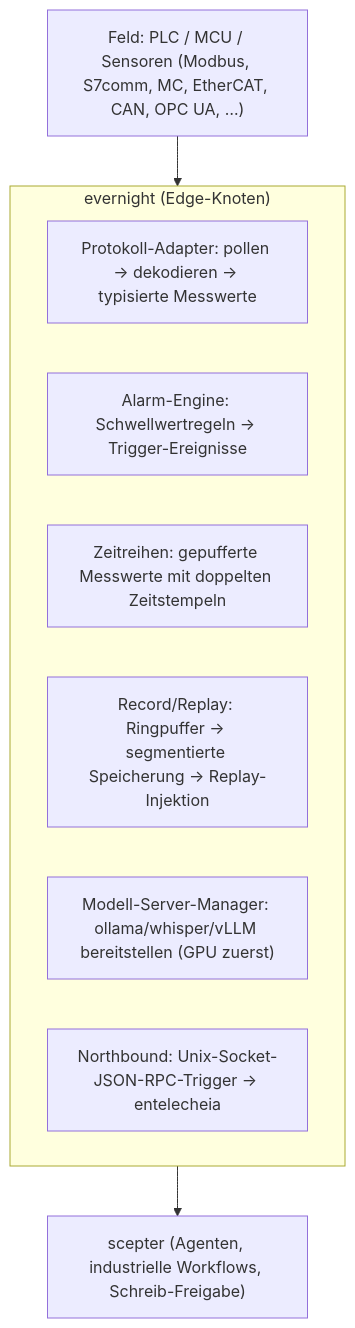
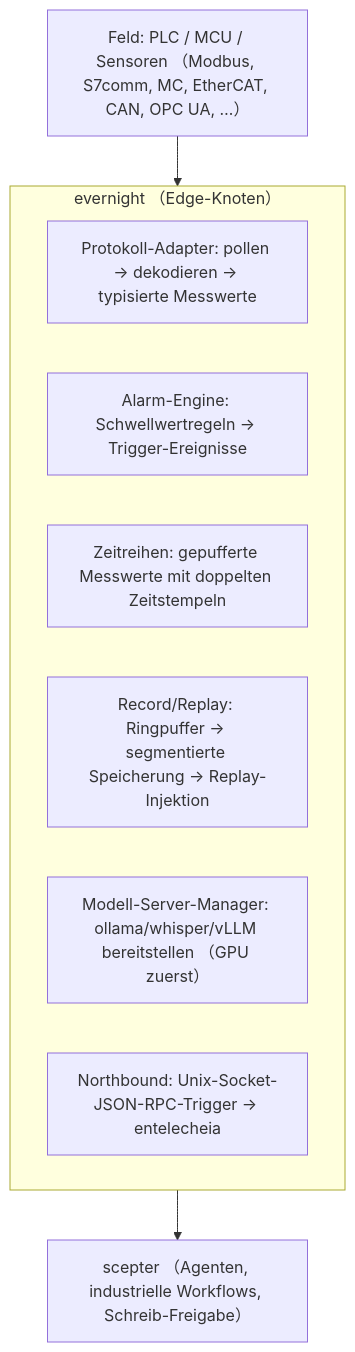
Before and after one commit to celestia-island/docs.celestia.world: the diagram in docs/de/platforms/evernight.md, drawn with Mermaid. The commit also changed 35 other files, not shown here.

First line of the commit message:
📝 Convert ASCII parentheses in mermaid fences to fullwidth across languages. (#96)

````diff
--- a/docs/de/platforms/evernight.md
+++ b/docs/de/platforms/evernight.md
@@ -11,14 +11,14 @@
 ```mermaid
 flowchart TD
-    C["Feld: PLC / MCU / Sensoren (Modbus, S7comm, MC, EtherCAT, CAN, OPC UA, …)"]
-    subgraph G["evernight (Edge-Knoten)"]
+    C["Feld: PLC / MCU / Sensoren （Modbus, S7comm, MC, EtherCAT, CAN, OPC UA, …）"]
+    subgraph G["evernight （Edge-Knoten）"]
         N0["Protokoll-Adapter: pollen → dekodieren → typisierte Messwerte"]
         N1["Alarm-Engine: Schwellwertregeln → Trigger-Ereignisse"]
         N2["Zeitreihen: gepufferte Messwerte mit doppelten Zeitstempeln"]
         N3["Record/Replay: Ringpuffer → segmentierte Speicherung → Replay-Injektion"]
-        N4["Modell-Server-Manager: ollama/whisper/vLLM bereitstellen (GPU zuerst)"]
+        N4["Modell-Server-Manager: ollama/whisper/vLLM bereitstellen （GPU zuerst）"]
         N5["Northbound: Unix-Socket-JSON-RPC-Trigger → entelecheia"]
     end
     C --> G
-    G --> B["scepter (Agenten, industrielle Workflows, Schreib-Freigabe)"]
+    G --> B["scepter （Agenten, industrielle Workflows, Schreib-Freigabe）"]
 ```
````
